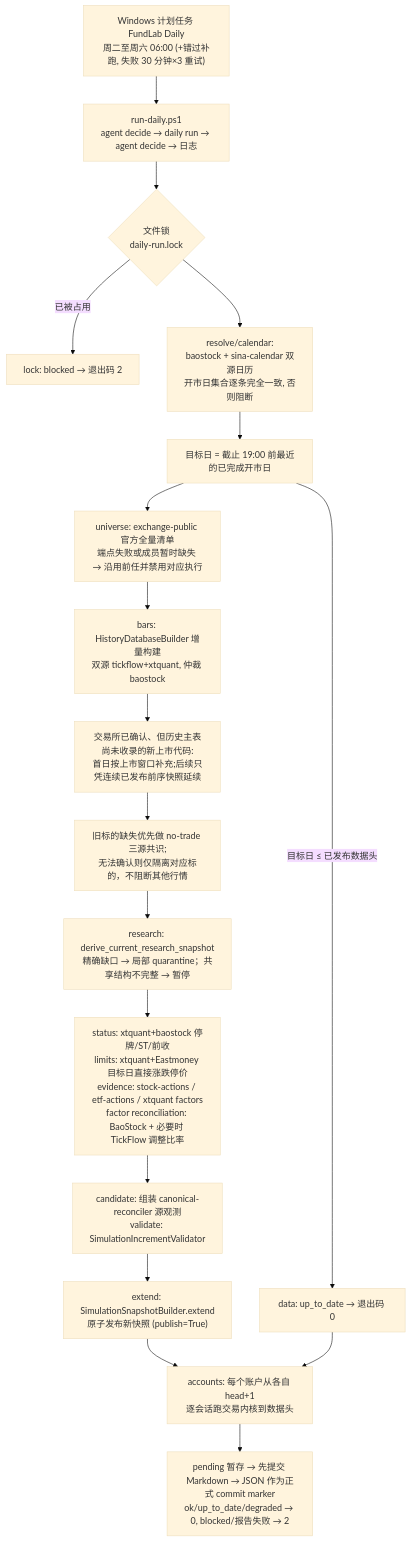
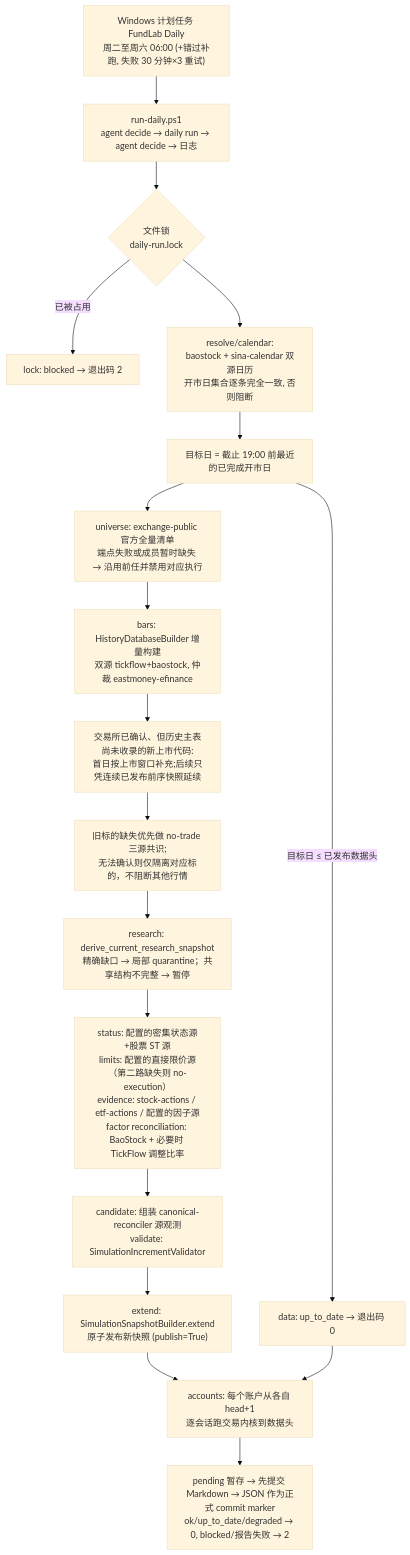
The diagram in docs/architecture/03-pipeline-ops.md (zhan7653/miniQMT), drawn with Mermaid (base theme) before and after one commit. The commit also changed other lines of this file and 22 other files, not shown here.

````diff
--- a/docs/architecture/03-pipeline-ops.md
+++ b/docs/architecture/03-pipeline-ops.md
@@ -35,20 +35,20 @@
 ```mermaid
 flowchart TD
     T["Windows 计划任务 FundLab Daily<br/>周二至周六 06:00 (+错过补跑, 失败 30 分钟×3 重试)"] --> R["run-daily.ps1<br/>agent decide → daily run → agent decide → 日志"]
     R --> L{"文件锁<br/>daily-run.lock"}
     L -- 已被占用 --> B0["lock: blocked → 退出码 2"]
     L --> CAL["resolve/calendar:<br/>baostock + sina-calendar 双源日历<br/>开市日集合逐条完全一致, 否则阻断"]
     CAL --> TGT["目标日 = 截止 19:00 前最近的已完成开市日"]
     TGT -- "目标日 ≤ 已发布数据头" --> UTD["data: up_to_date → 退出码 0"]
     TGT --> U["universe: exchange-public 官方全量清单<br/>端点失败或成员暂时缺失 → 沿用前任并禁用对应执行"]
-    U --> H["bars: HistoryDatabaseBuilder 增量构建<br/>双源 tickflow+xtquant, 仲裁 baostock"]
+    U --> H["bars: HistoryDatabaseBuilder 增量构建<br/>双源 tickflow+baostock, 仲裁 eastmoney-efinance"]
     H --> NEW["交易所已确认、但历史主表尚未收录的新上市代码:<br/>首日按上市窗口补充;后续只凭连续已发布前序快照延续"]
     NEW --> NT["旧标的缺失优先做 no-trade 三源共识;<br/>无法确认则仅隔离对应标的，不阻断其他行情"]
     NT --> RS["research: derive_current_research_snapshot<br/>精确缺口 → 局部 quarantine；共享结构不完整 → 暂停"]
-    RS --> SE["status: xtquant+baostock 停牌/ST/前收<br/>limits: xtquant+Eastmoney 目标日直接涨跌停价<br/>evidence: stock-actions / etf-actions / xtquant factors<br/>factor reconciliation: BaoStock + 必要时 TickFlow 调整比率"]
+    RS --> SE["status: 配置的密集状态源+股票 ST 源<br/>limits: 配置的直接限价源（第二路缺失则 no-execution）<br/>evidence: stock-actions / etf-actions / 配置的因子源<br/>factor reconciliation: BaoStock + 必要时 TickFlow 调整比率"]
     SE --> CV["candidate: 组装 canonical-reconciler 源观测<br/>validate: SimulationIncrementValidator"]
     CV --> EX["extend: SimulationSnapshotBuilder.extend<br/>原子发布新快照 (publish=True)"]
     EX --> AC["accounts: 每个账户从各自 head+1<br/>逐会话跑交易内核到数据头"]
     UTD --> AC
     AC --> RP["pending 暂存 → 先提交 Markdown → JSON 作为正式 commit marker<br/>ok/up_to_date/degraded → 0, blocked/报告失败 → 2"]
 ```
````
